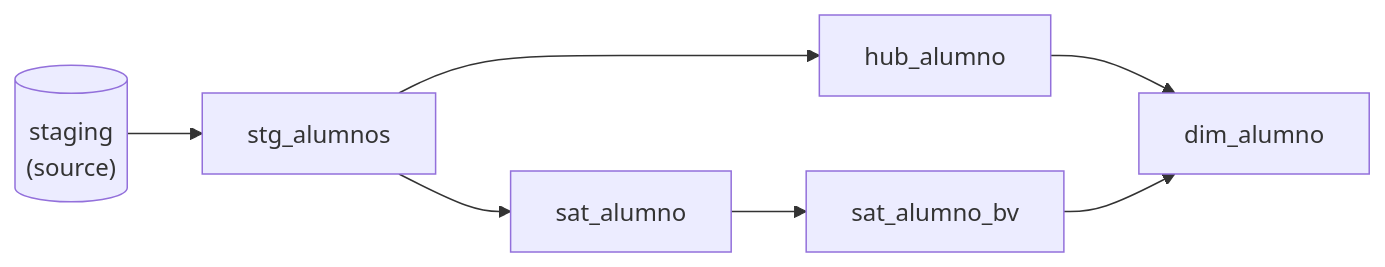
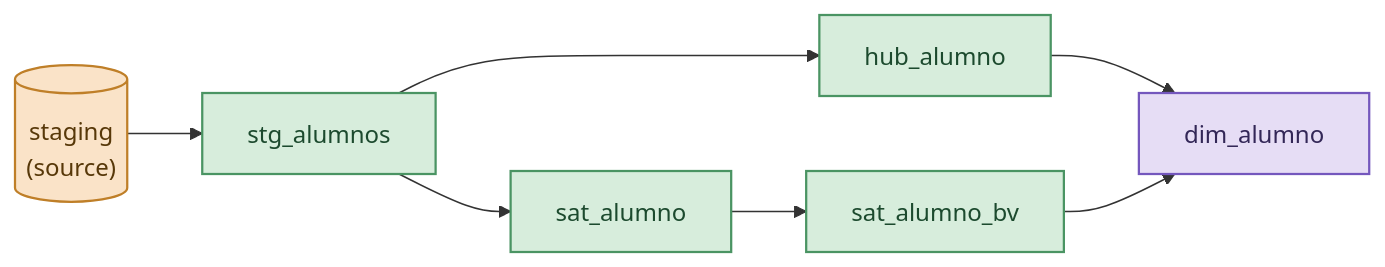
One commit to IraitzM/ingenieria-datos changed the diagram in content/transform/data_warehousing.qmd. Above: the diagram before and after it, drawn with Mermaid. The commit also changed 28 other files, not shown here.

````diff
--- a/content/transform/data_warehousing.qmd
+++ b/content/transform/data_warehousing.qmd
@@ -144,16 +144,24 @@
 ```{mermaid}
 flowchart LR
     src[("staging<br/>(source)")]
     stg["stg_alumnos"]
     hub["hub_alumno"]
     sat["sat_alumno"]
     bv["sat_alumno_bv"]
     dim["dim_alumno"]
 
     src --> stg
     stg --> hub
     stg --> sat
     sat --> bv
     hub --> dim
     bv --> dim
+
+    %% Paleta por bloque del libro
+    classDef carga fill:#fae3c8,stroke:#bf7f28,stroke-width:1.5px,color:#573809
+    classDef transformacion fill:#d7eddc,stroke:#4a9463,stroke-width:1.5px,color:#1c4a2e
+    classDef explotacion fill:#e6ddf5,stroke:#7457bd,stroke-width:1.5px,color:#332757
+    class src carga
+    class stg,hub,sat,bv transformacion
+    class dim explotacion
 ```
````
